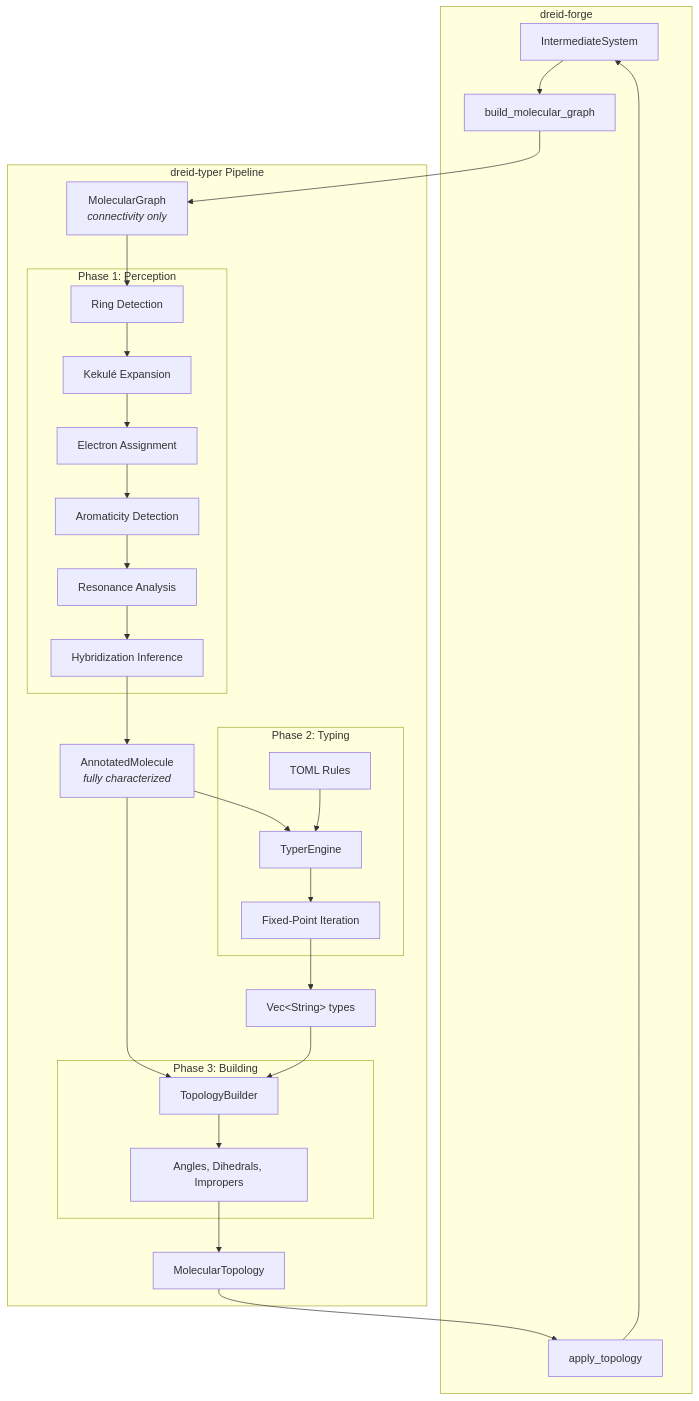
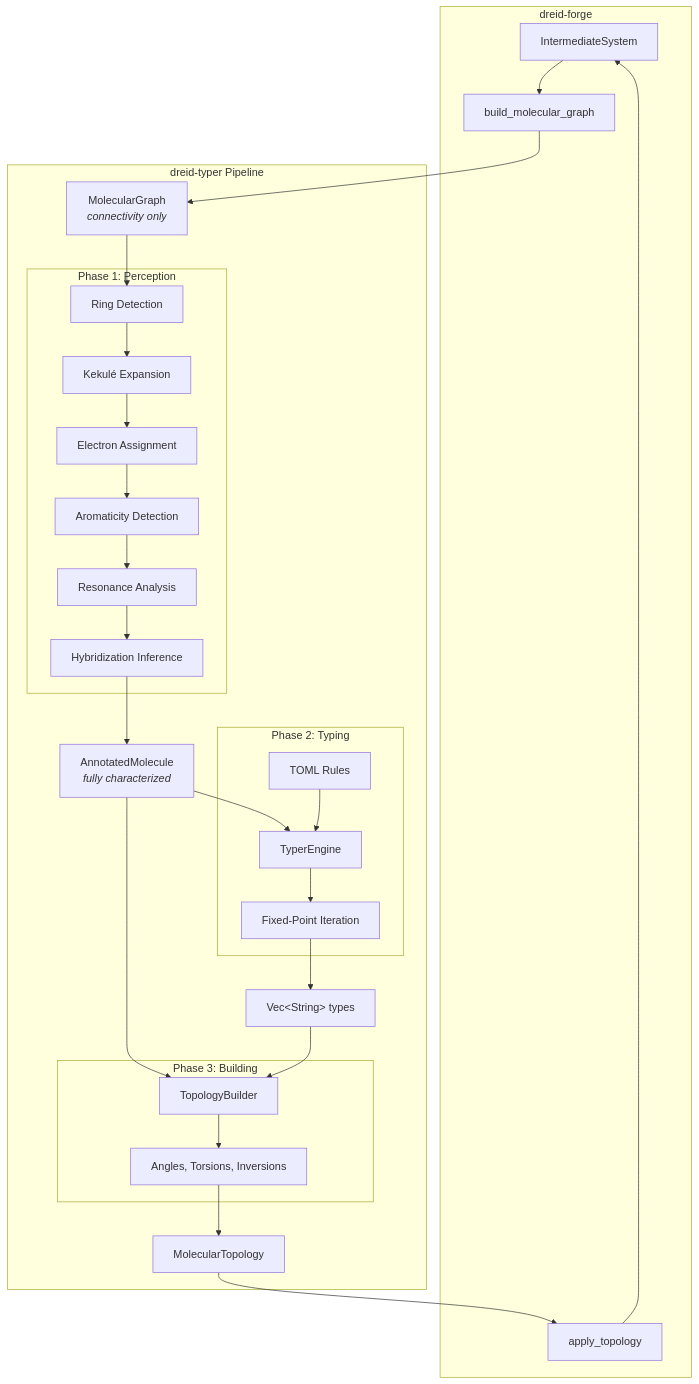
The seventh of 18 diagrams in ARCHITECTURE.md (caltechmsc/dreid-forge), drawn with Mermaid before and after one commit. The commit also changed other lines of this file, not shown here.

Commit message:
docs(architecture): Updates architecture docs to integrate dreid-kernel and rename terms

````diff
--- a/ARCHITECTURE.md
+++ b/ARCHITECTURE.md
@@ -355,51 +354,51 @@
 ```mermaid
 flowchart TD
     subgraph "dreid-forge"
         INT["IntermediateSystem"]
         BUILD["build_molecular_graph"]
         APPLY["apply_topology"]
     end
 
     subgraph "dreid-typer Pipeline"
         MG["MolecularGraph<br><i>connectivity only</i>"]
 
         subgraph "Phase 1: Perception"
             P1["Ring Detection"]
             P2["Kekulé Expansion"]
             P3["Electron Assignment"]
             P4["Aromaticity Detection"]
             P5["Resonance Analysis"]
             P6["Hybridization Inference"]
         end
 
         AM["AnnotatedMolecule<br><i>fully characterized</i>"]
 
         subgraph "Phase 2: Typing"
             TE["TyperEngine"]
             RULES["TOML Rules"]
             FP["Fixed-Point Iteration"]
         end
 
         TYPES["Vec&lt;String&gt; types"]
 
         subgraph "Phase 3: Building"
             TB["TopologyBuilder"]
-            TERMS["Angles, Dihedrals, Impropers"]
+            TERMS["Angles, Torsions, Inversions"]
         end
 
         MT["MolecularTopology"]
     end
 
     INT --> BUILD --> MG
     MG --> P1 --> P2 --> P3 --> P4 --> P5 --> P6 --> AM
 
     AM --> TE
     RULES --> TE
     TE --> FP --> TYPES
 
     AM --> TB
     TYPES --> TB
     TB --> TERMS --> MT
 
     MT --> APPLY --> INT
 ```
````
